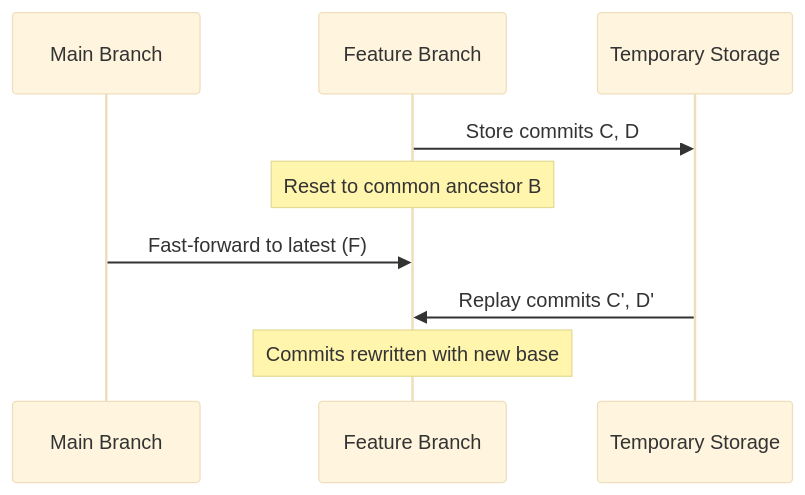
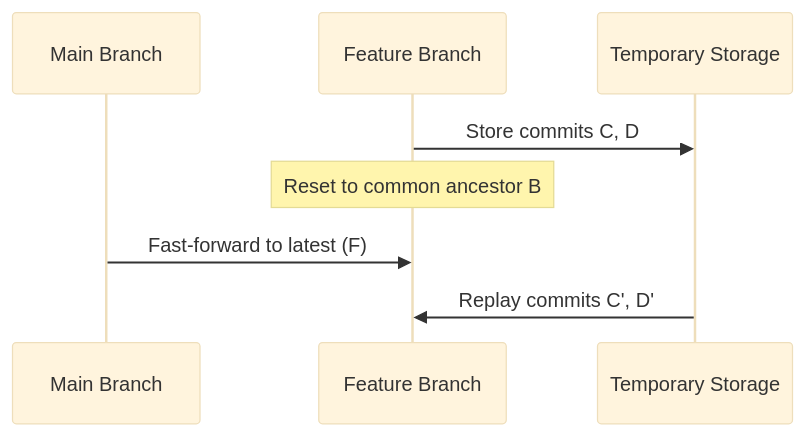
Before and after one commit to Pourfex/Counting: the fourth of 8 diagrams in README.md, drawn with Mermaid (base theme). The commit also changed other lines of this file, not shown here.

````diff
--- a/README.md
+++ b/README.md
@@ -67,12 +65,11 @@
 ```mermaid
 sequenceDiagram
     participant Main as Main Branch
     participant Feature as Feature Branch
     participant Temp as Temporary Storage
 
     Feature->>Temp: Store commits C, D
     Note over Feature: Reset to common ancestor B
     Main->>Feature: Fast-forward to latest (F)
     Temp->>Feature: Replay commits C', D'
-    Note over Feature: Commits rewritten with new base
 ```
````
